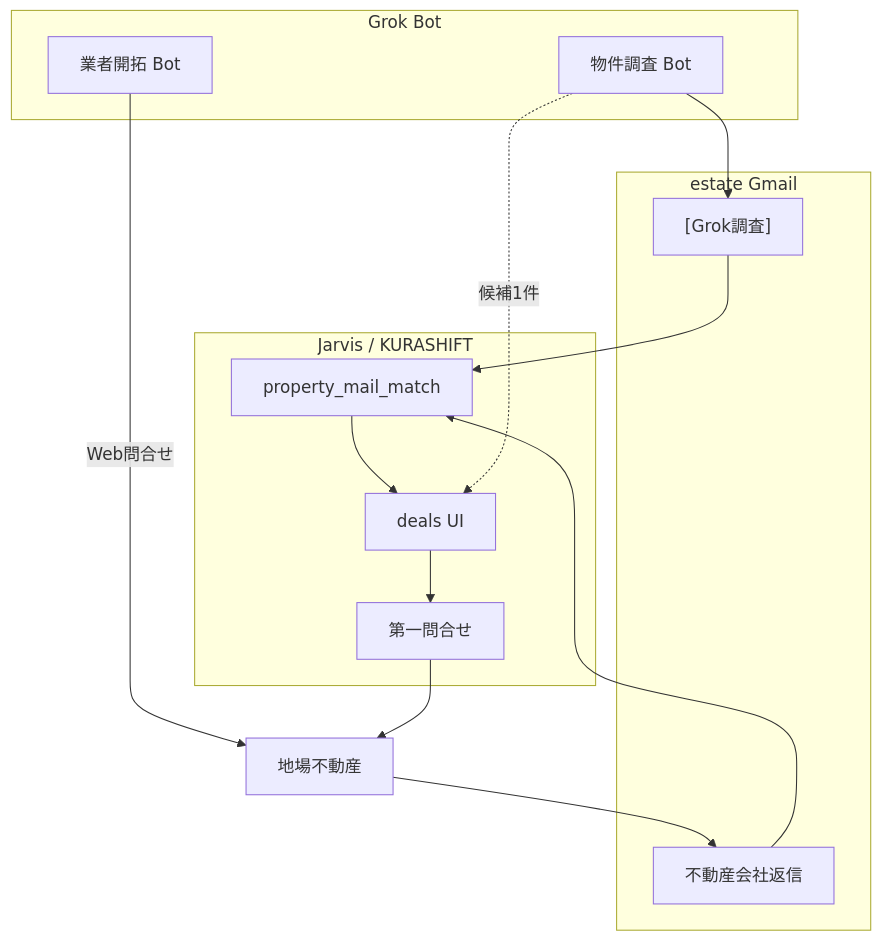
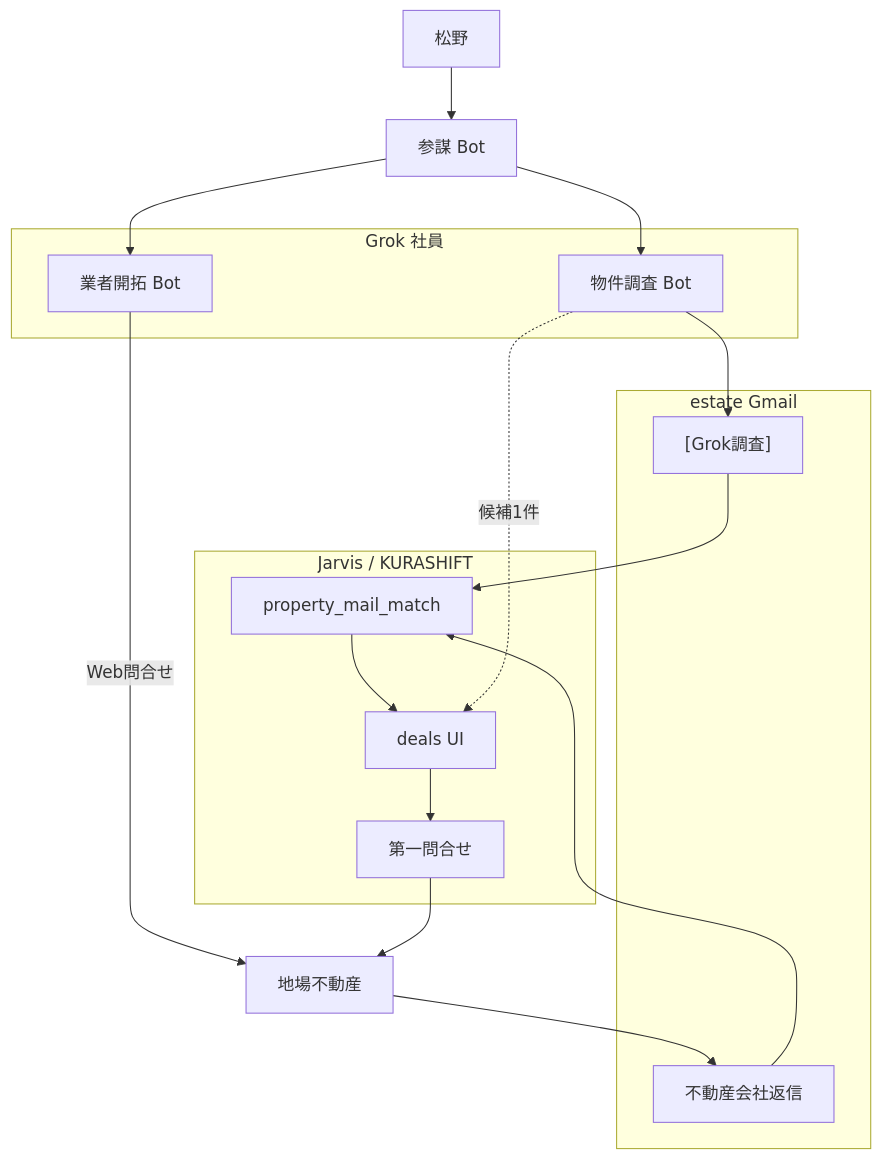
Before and after one commit to m19mhrts83-cyber/project-GE: the first of 2 diagrams in docs/KURASHIFT_GrokBot_不動産パイプライン.md, drawn with Mermaid. The commit also changed other lines of this file and 3 other files, not shown here.

````diff
--- a/docs/KURASHIFT_GrokBot_不動産パイプライン.md
+++ b/docs/KURASHIFT_GrokBot_不動産パイプライン.md
@@ -7,25 +7,30 @@
 ```mermaid
 flowchart TB
-  subgraph grok [Grok Bot]
+  user[松野]
+  sanbo[参謀 Bot]
+  subgraph grok [Grok 社員]
     bot1[物件調査 Bot]
     bot2[業者開拓 Bot]
   end
+  user --> sanbo
+  sanbo --> bot1
+  sanbo --> bot2
   subgraph mail [estate Gmail]
     grokMail["[Grok調査]"]
     vendorReply[不動産会社返信]
   end
   subgraph jarvis [Jarvis / KURASHIFT]
     match[property_mail_match]
     deals[deals UI]
     inquiry[第一問合せ]
   end
   bot2 -->|Web問合せ| vendors[地場不動産]
   vendors --> vendorReply
   bot1 --> grokMail
   grokMail --> match
   vendorReply --> match
   match --> deals
   deals --> inquiry
   inquiry --> vendors
   bot1 -.->|候補1件| deals
 ```
````
